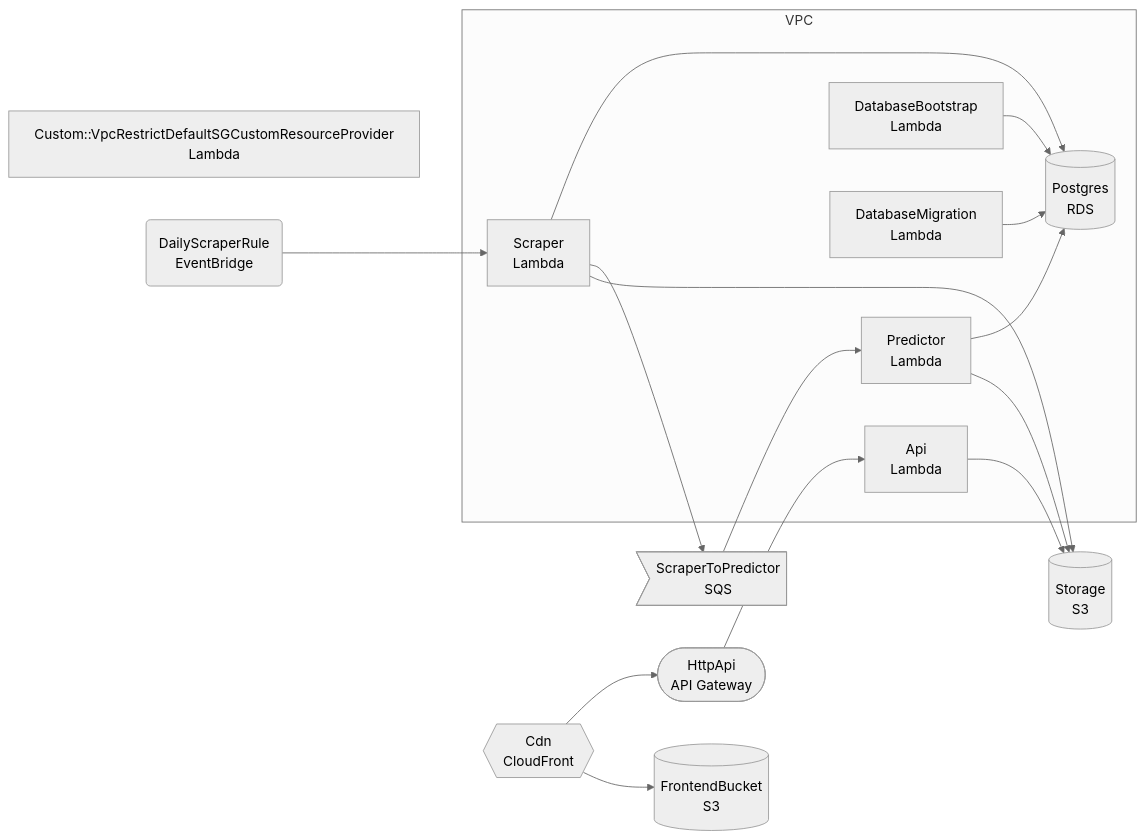
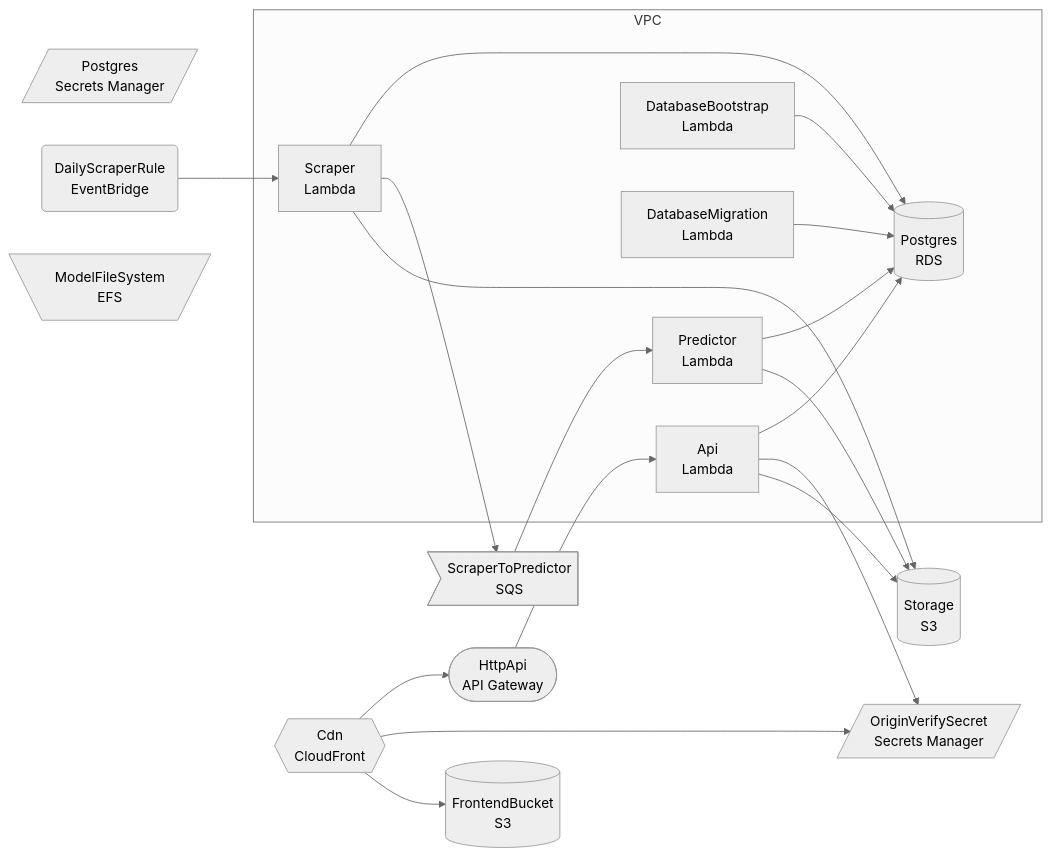
Before and after one commit to dagda1/match-predictor: the first of 2 diagrams in README.md, drawn with Mermaid (neutral theme). The commit also changed 2 other files, not shown here.

Commit message:
chore: configure API Gateway base path for Mangum handler and update architecture diagram with Secrets Manager and EFS resources

````diff
--- a/README.md
+++ b/README.md
@@ -95,31 +95,36 @@
 ```mermaid
 graph LR
   subgraph VPC
     ApiApiFunctionAA82C666["Api<br/>Lambda"]
     DatabaseBootstrapHandlerFunction53F1278C["DatabaseBootstrap<br/>Lambda"]
     DatabaseMigrationHandlerFunction71FE854B["DatabaseMigration<br/>Lambda"]
     DatabasePostgres277EF4CB[("Postgres<br/>RDS")]
     EtlFunctionsPredictorFunctionE33E3D43["Predictor<br/>Lambda"]
     EtlFunctionsScraperFunctionF099BA00["Scraper<br/>Lambda"]
   end
   ApiHttpApi4C294DC0(["HttpApi<br/>API Gateway"])
   CdnDistribution149FA6C8{{"Cdn<br/>CloudFront"}}
-  CustomVpcRestrictDefaultSGCustomResourceProviderHandlerDC833E5E["Custom::VpcRestrictDefaultSGCustomResourceProvider<br/>Lambda"]
+  DatabasePostgresSecret6EBE3413[/"Postgres<br/>Secrets Manager"/]
   EventBridgeDailyScraperRule9BFD8304("DailyScraperRule<br/>EventBridge")
+  ModelStorageModelFileSystem7131CD34[\"ModelFileSystem<br/>EFS"/]
   QueuingScraperToPredictor12C65B00>"ScraperToPredictor<br/>SQS"]
+  SecretsOriginVerifySecret2207D00B[/"OriginVerifySecret<br/>Secrets Manager"/]
   StorageBucket5CB7C8EA[("Storage<br/>S3")]
   StorageFrontendBucketC065FEEF[("FrontendBucket<br/>S3")]
+  ApiApiFunctionAA82C666 --> DatabasePostgres277EF4CB
+  ApiApiFunctionAA82C666 --> SecretsOriginVerifySecret2207D00B
   ApiApiFunctionAA82C666 --> StorageBucket5CB7C8EA
   ApiHttpApi4C294DC0 --> ApiApiFunctionAA82C666
   CdnDistribution149FA6C8 --> ApiHttpApi4C294DC0
+  CdnDistribution149FA6C8 --> SecretsOriginVerifySecret2207D00B
   CdnDistribution149FA6C8 --> StorageFrontendBucketC065FEEF
   DatabaseBootstrapHandlerFunction53F1278C --> DatabasePostgres277EF4CB
   DatabaseMigrationHandlerFunction71FE854B --> DatabasePostgres277EF4CB
   EtlFunctionsPredictorFunctionE33E3D43 --> DatabasePostgres277EF4CB
   EtlFunctionsPredictorFunctionE33E3D43 --> StorageBucket5CB7C8EA
   EtlFunctionsScraperFunctionF099BA00 --> DatabasePostgres277EF4CB
   EtlFunctionsScraperFunctionF099BA00 --> QueuingScraperToPredictor12C65B00
   EtlFunctionsScraperFunctionF099BA00 --> StorageBucket5CB7C8EA
   EventBridgeDailyScraperRule9BFD8304 --> EtlFunctionsScraperFunctionF099BA00
   QueuingScraperToPredictor12C65B00 --> EtlFunctionsPredictorFunctionE33E3D43
 ```
````
